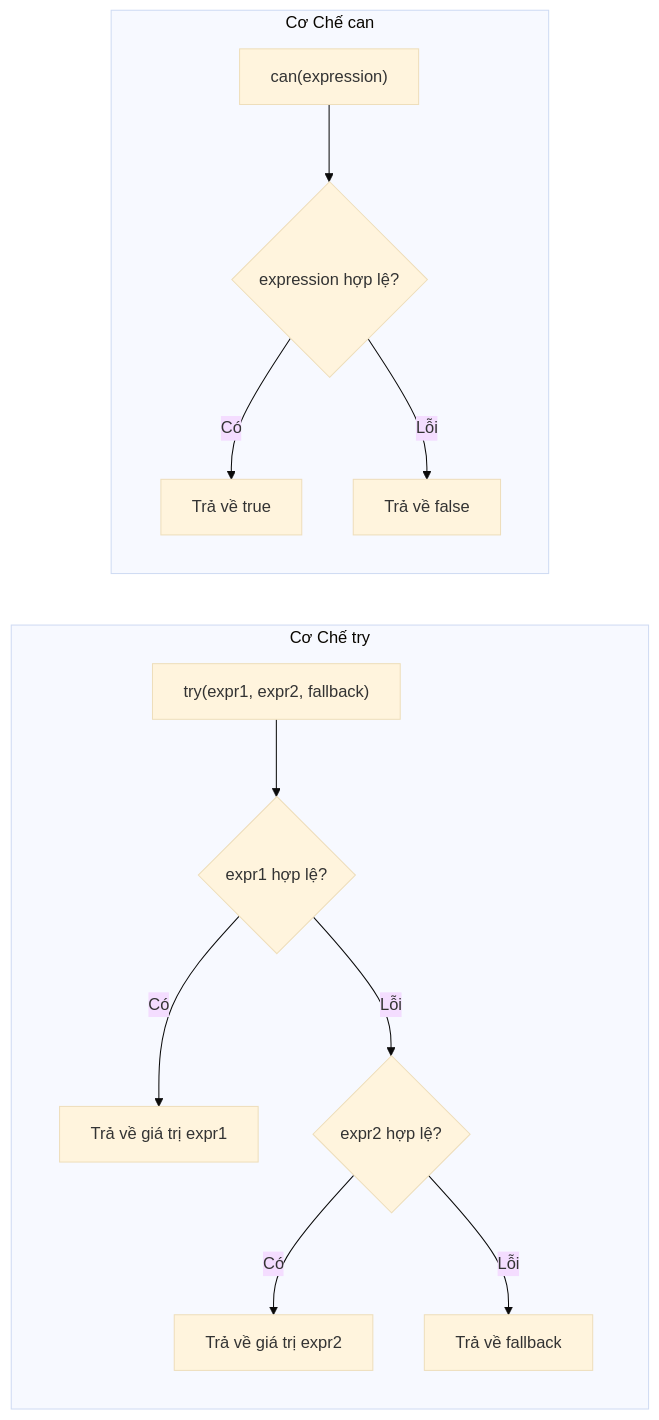
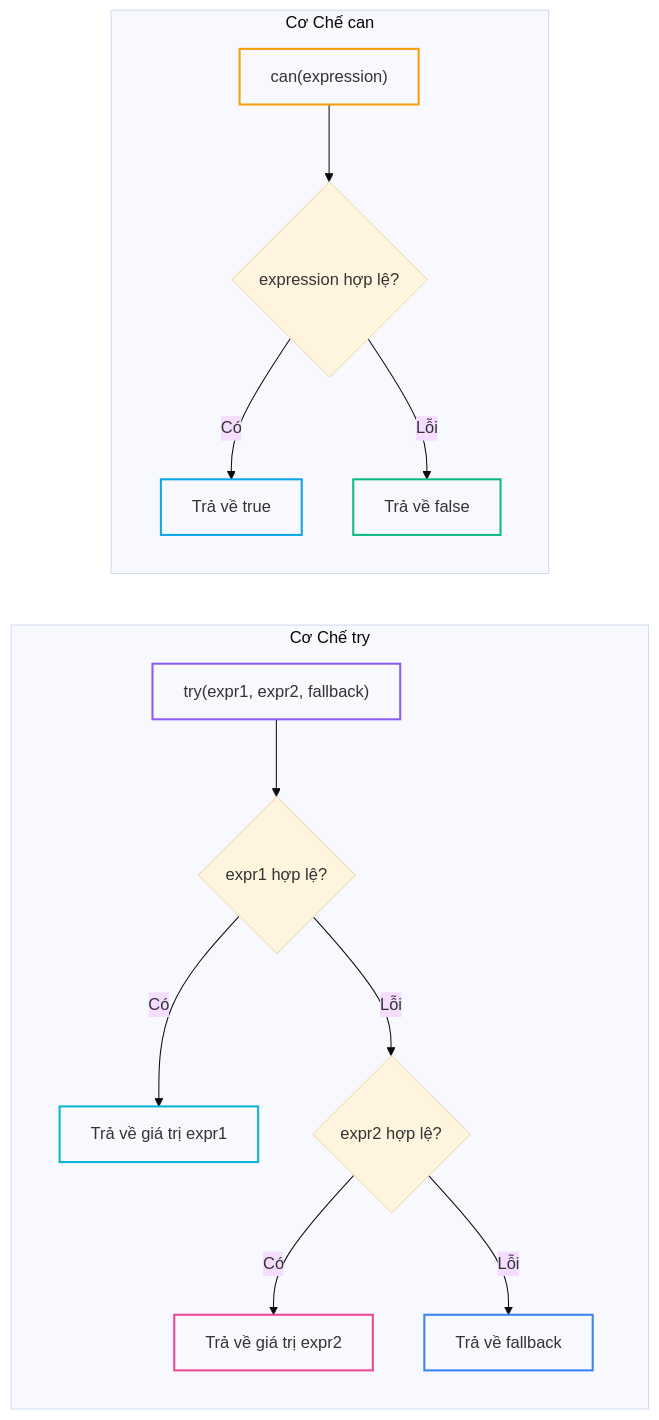
The third of 5 diagrams in _posts/2026-09-13-terraform-15-15-functions-type-constraints-va-custom-variable-validation-chuan-enterprise.md (kiennt308/ntk), drawn with Mermaid (base theme) before and after one commit. The commit also changed other lines of this file and 26 other files, not shown here.

Commit message:
style(terraform): standardize presentation, complete titles & summaries, tailor tldr, and optimize lab tables & mermaid across Bài 05 to Bài 31

````diff
--- a/_posts/2026-09-13-terraform-15-15-functions-type-constraints-va-custom-variable-validation-chuan-enterprise.md
+++ b/_posts/2026-09-13-terraform-15-15-functions-type-constraints-va-custom-variable-validation-chuan-enterprise.md
@@ -267,18 +267,24 @@
 ```mermaid
 flowchart LR
     subgraph try_mechanism ["Cơ Chế try"]
         T1["try(expr1, expr2, fallback)"] --> T2{expr1 hợp lệ?}
         T2 -->|Có| T3["Trả về giá trị expr1"]
         T2 -->|Lỗi| T4{expr2 hợp lệ?}
         T4 -->|Có| T5["Trả về giá trị expr2"]
         T4 -->|Lỗi| T6["Trả về fallback"]
     end
 
     subgraph can_mechanism ["Cơ Chế can"]
         C1["can(expression)"] --> C2{expression hợp lệ?}
         C2 -->|Có| C3["Trả về true"]
         C2 -->|Lỗi| C4["Trả về false"]
     end
 
-
+    style T6 fill:none,stroke:#3b82f6,stroke-width:2px
+    style C3 fill:none,stroke:#0ea5e9,stroke-width:2px
+    style C4 fill:none,stroke:#10b981,stroke-width:2px
+    style C1 fill:none,stroke:#f59e0b,stroke-width:2px
+    style T1 fill:none,stroke:#8b5cf6,stroke-width:2px
+    style T5 fill:none,stroke:#ec4899,stroke-width:2px
+    style T3 fill:none,stroke:#06b6d4,stroke-width:2px
 ```
````
